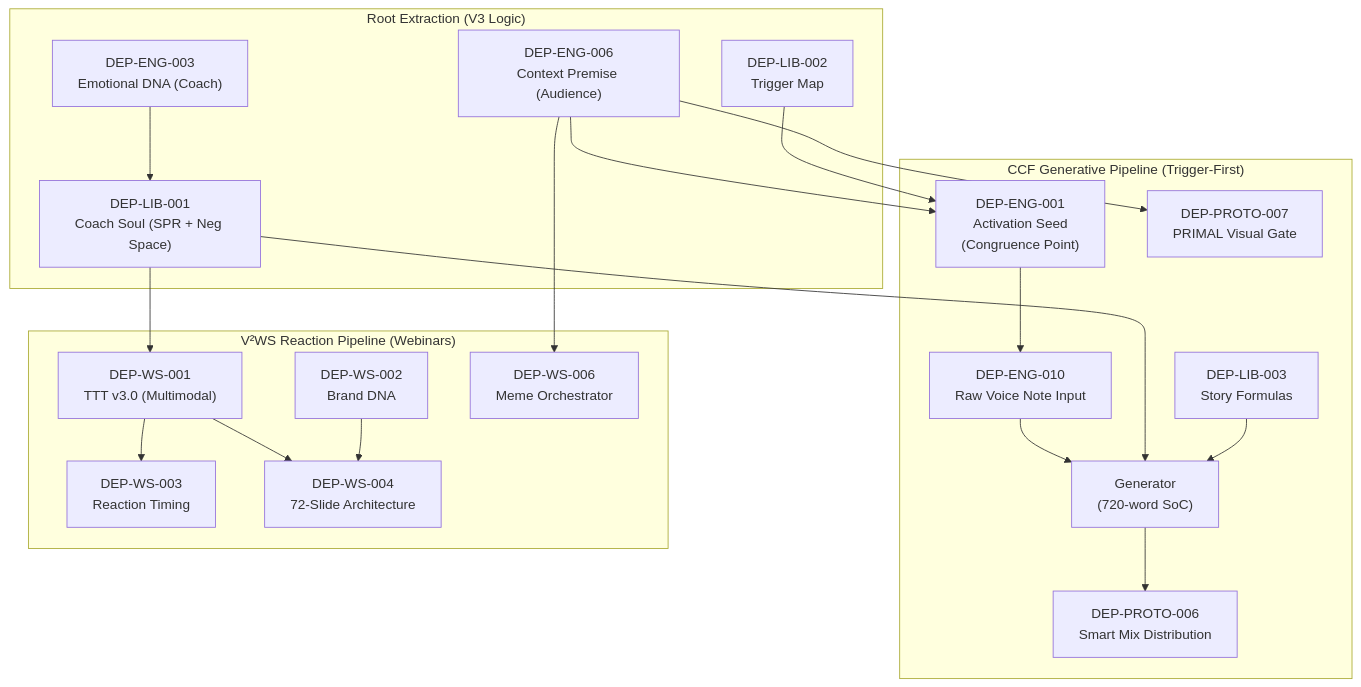
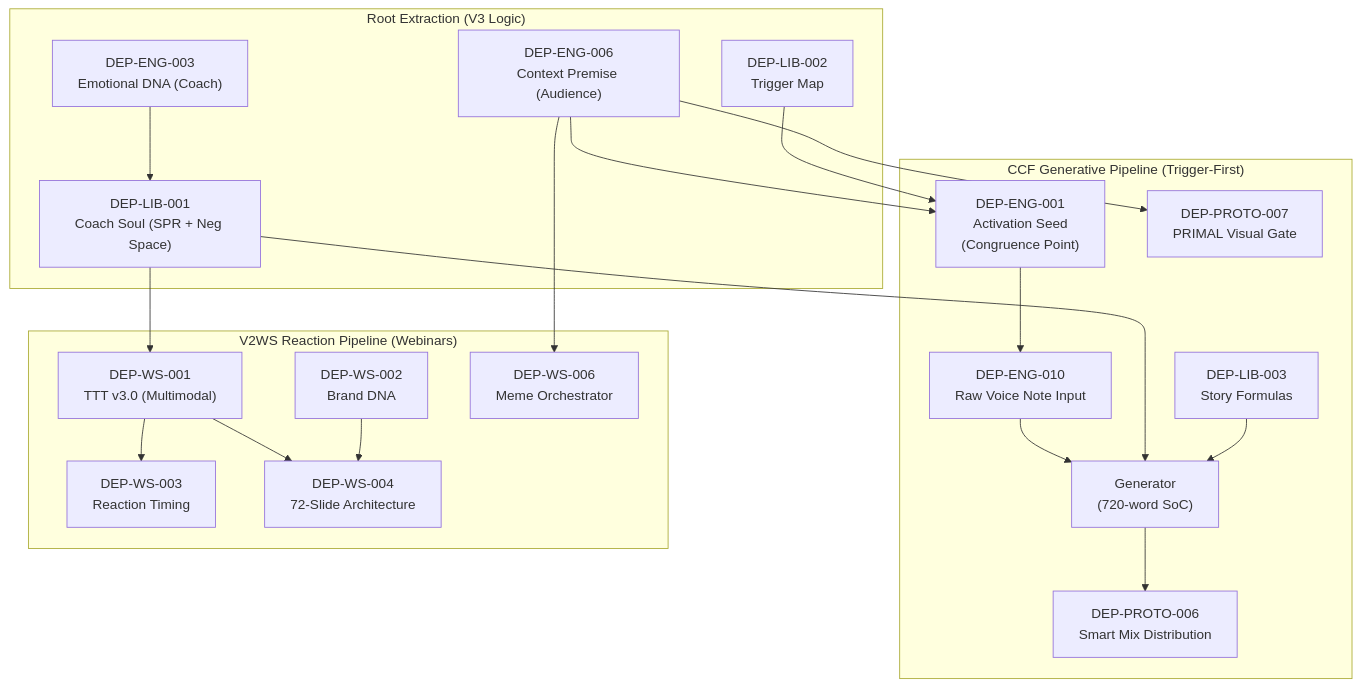
Before and after one commit to Remjohn/CCP: the diagram in lab/CCBS/docs/dependency_registry.md, drawn with Mermaid. The commit also changed other lines of this file and 243 other files, not shown here.

Commit message:
chore: update documentation, architecture specs, and fixes

````diff
--- a/lab/CCBS/docs/dependency_registry.md
+++ b/lab/CCBS/docs/dependency_registry.md
@@ -95,48 +95,48 @@
 ```mermaid
 graph TD
     %% Base Identity (The Root)
     subgraph "Root Extraction (V3 Logic)"
         EMO["DEP-ENG-003<br/>Emotional DNA (Coach)"]
         CTX["DEP-ENG-006<br/>Context Premise (Audience)"]
         TRIG["DEP-LIB-002<br/>Trigger Map"]
         SOUL["DEP-LIB-001<br/>Coach Soul (SPR + Neg Space)"]
     end
 
     %% Pipeline Branching
     subgraph "CCF Generative Pipeline (Trigger-First)"
         CP["DEP-ENG-001<br/>Activation Seed<br/>(Congruence Point)"]
         SF["DEP-LIB-003<br/>Story Formulas"]
         SOC["DEP-ENG-010<br/>Raw Voice Note Input"]
         GEN["Generator<br/>(720-word SoC)"]
         AD["DEP-PROTO-007<br/>PRIMAL Visual Gate"]
         SM["DEP-PROTO-006<br/>Smart Mix Distribution"]
     end
 
-    subgraph "V²WS Reaction Pipeline (Webinars)"
+    subgraph "V2WS Reaction Pipeline (Webinars)"
         T3["DEP-WS-001<br/>TTT v3.0 (Multimodal)"]
         BDNA["DEP-WS-002<br/>Brand DNA"]
         RT["DEP-WS-003<br/>Reaction Timing"]
         M72["DEP-WS-004<br/>72-Slide Architecture"]
         MO["DEP-WS-006<br/>Meme Orchestrator"]
     end
 
     %% Edges
     CTX --> CP
     TRIG --> CP
     EMO --> SOUL
     
     %% CCF Flow (V3)
     CP --> SOC
     SOC --> GEN
     SOUL --> GEN
     SF --> GEN
     GEN --> SM
     CTX --> AD
     
-    %% V²WS Flow
+    %% V2WS Flow
     SOUL --> T3
     CTX --> MO
     T3 --> RT
     T3 --> M72
     BDNA --> M72
 ```
````
